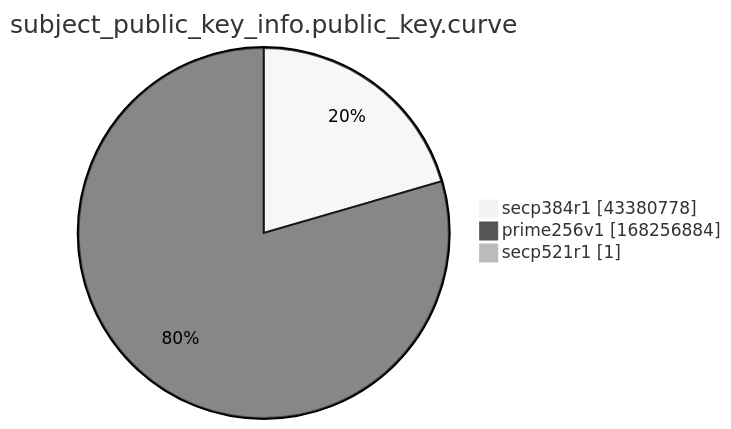
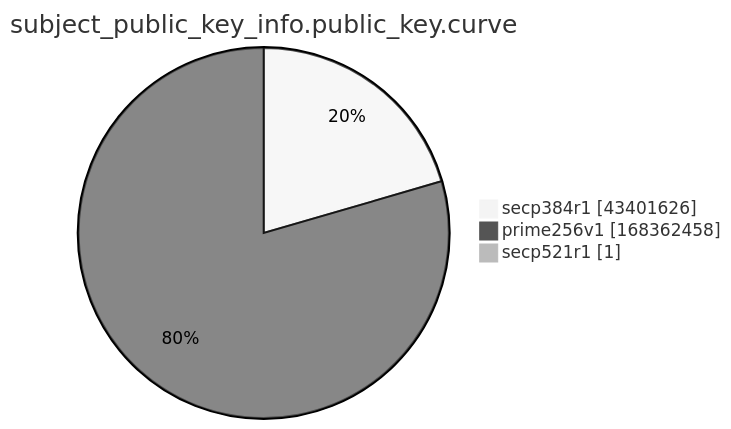
Before and after one commit to christiankrug/ctmonitor_visualization: the ninth of 15 diagrams in xenon2022/README.md, drawn with Mermaid (neutral theme). The commit also changed other lines of this file, not shown here.

````diff
--- a/xenon2022/README.md
+++ b/xenon2022/README.md
@@ -2870,7 +2870,7 @@
 ```mermaid
 pie showData
 title subject_public_key_info.public_key.curve
-"secp384r1" :43380778
-"prime256v1" :168256884
+"secp384r1" :43401626
+"prime256v1" :168362458
 "secp521r1" :1
 ```
````
